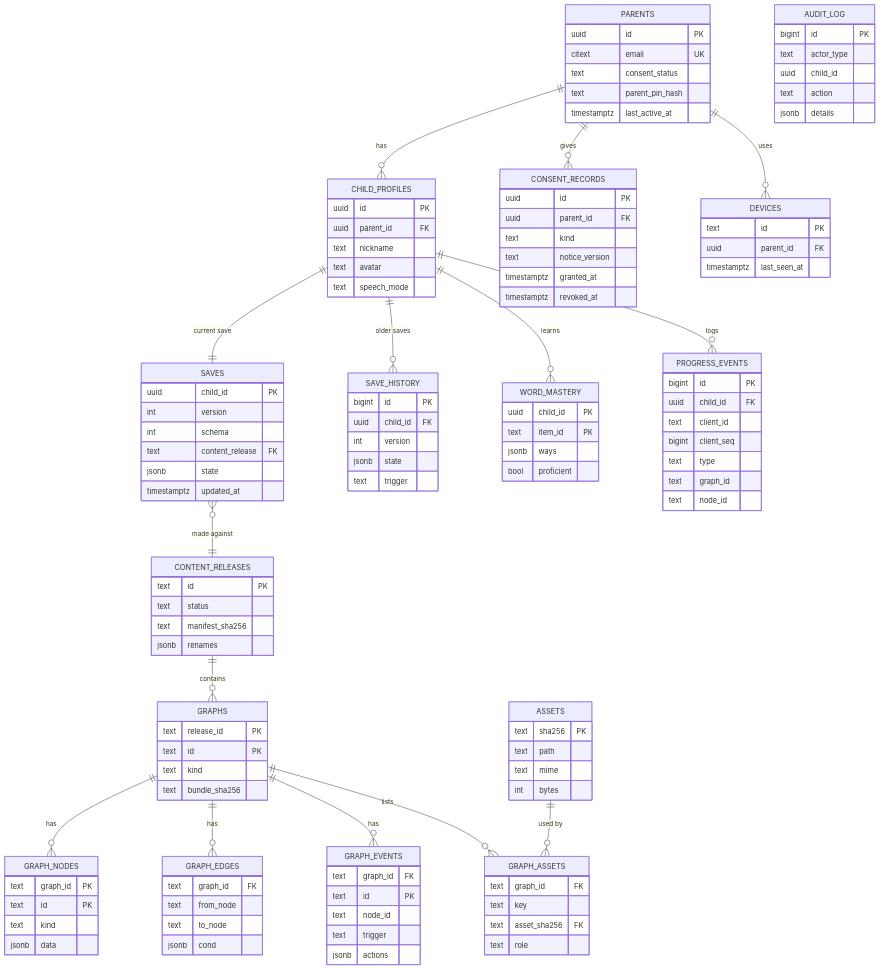
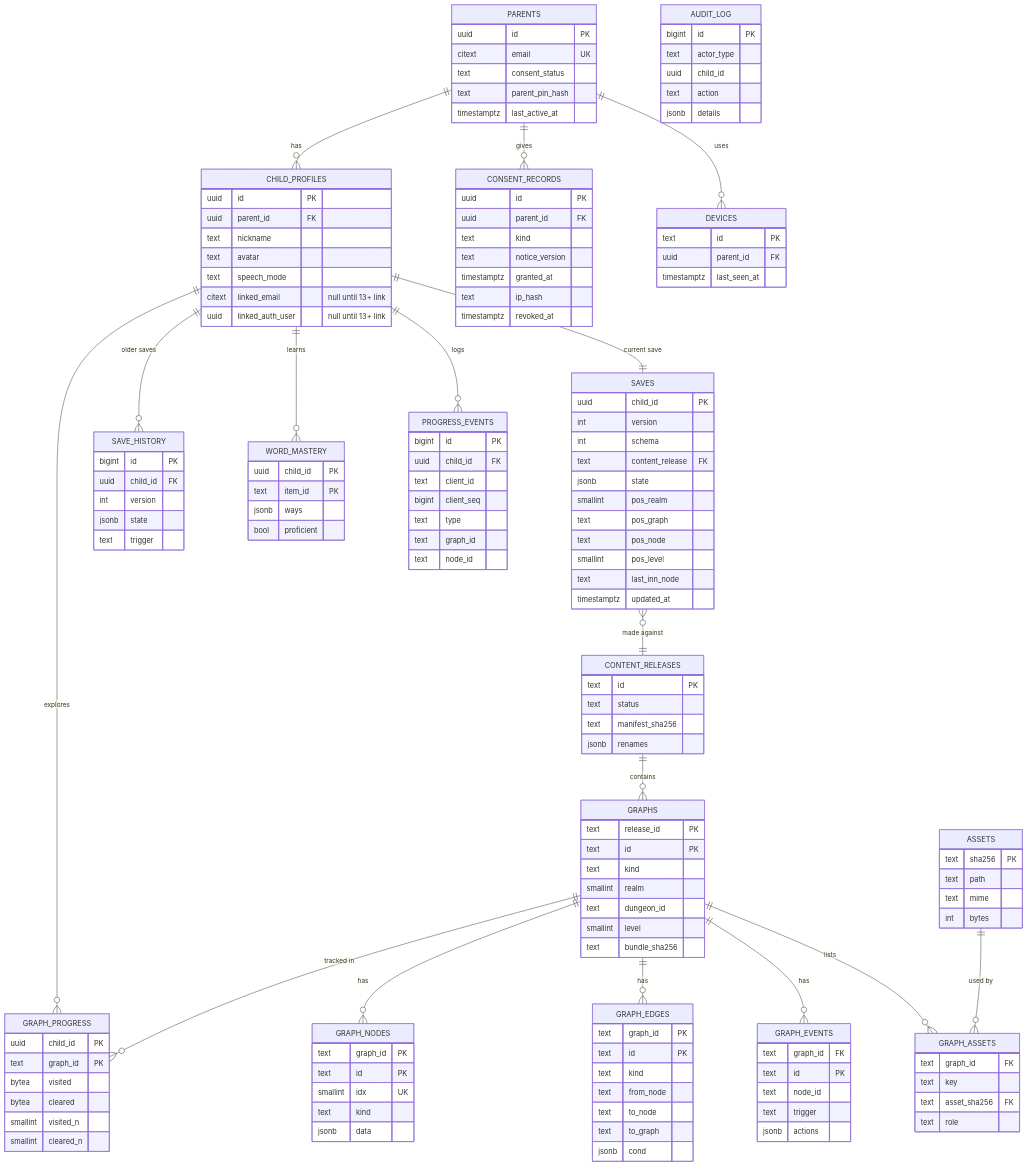
Before and after one commit to zenjax7/chinese-rpg: the third of 4 diagrams in docs/architecture.md, drawn with Mermaid. The commit also changed other lines of this file, not shown here.

First line of the commit message:
docs: fold Jack's decisions into the architecture proposal

```diff
--- a/docs/architecture.md
+++ b/docs/architecture.md
@@ -451,6 +484,8 @@
   CHILD_PROFILES ||--o{ SAVE_HISTORY : "older saves"
   CHILD_PROFILES ||--o{ WORD_MASTERY : learns
   CHILD_PROFILES ||--o{ PROGRESS_EVENTS : logs
+  CHILD_PROFILES ||--o{ GRAPH_PROGRESS : explores
+  GRAPHS ||--o{ GRAPH_PROGRESS : "tracked in"
   CONTENT_RELEASES ||--o{ GRAPHS : contains
   GRAPHS ||--o{ GRAPH_NODES : has
   GRAPHS ||--o{ GRAPH_EDGES : has
@@ -472,6 +507,8 @@
     text nickname
     text avatar
     text speech_mode
+    citext linked_email "null until 13+ link"
+    uuid linked_auth_user "null until 13+ link"
   }
   CONSENT_RECORDS {
     uuid id PK
@@ -479,6 +516,7 @@
     text kind
     text notice_version
     timestamptz granted_at
+    text ip_hash
     timestamptz revoked_at
   }
   DEVICES {
@@ -492,7 +530,20 @@
     int schema
     text content_release FK
     jsonb state
+    smallint pos_realm
+    text pos_graph
+    text pos_node
+    smallint pos_level
+    text last_inn_node
     timestamptz updated_at
+  }
+  GRAPH_PROGRESS {
+    uuid child_id PK
+    text graph_id PK
+    bytea visited
+    bytea cleared
+    smallint visited_n
+    smallint cleared_n
   }
   SAVE_HISTORY {
     bigint id PK
@@ -526,18 +577,25 @@
     text release_id PK
     text id PK
     text kind
+    smallint realm
+    text dungeon_id
+    smallint level
     text bundle_sha256
   }
   GRAPH_NODES {
     text graph_id PK
     text id PK
+    smallint idx UK
     text kind
     jsonb data
   }
   GRAPH_EDGES {
-    text graph_id FK
+    text graph_id PK
+    text id PK
+    text kind
     text from_node
     text to_node
+    text to_graph
     jsonb cond
   }
   GRAPH_EVENTS {
```
